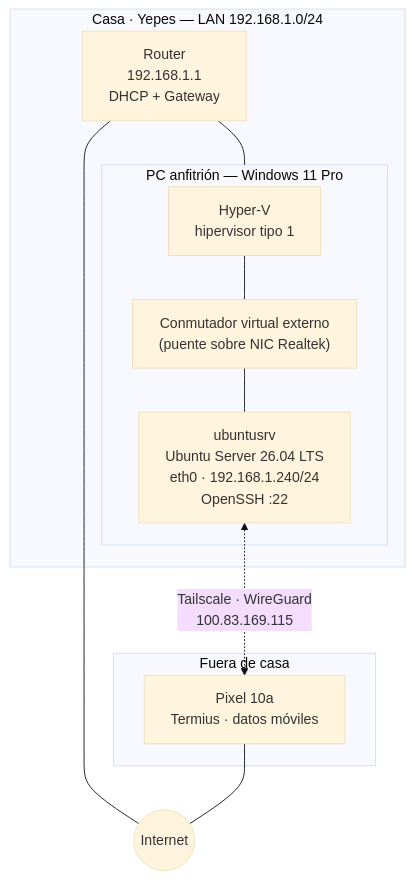
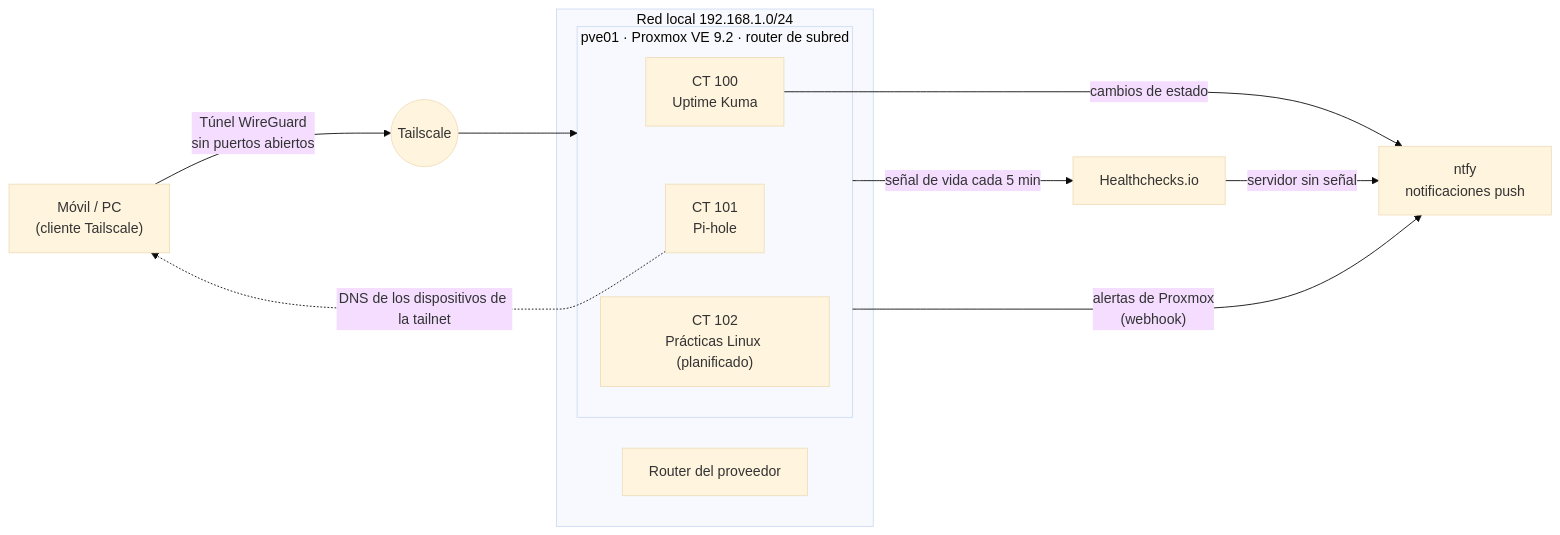
Before and after one commit to 2585746/Homelab-ASIR-Practica: the diagram in README-homelab-fase1.md, drawn with Mermaid (base theme). The commit also changed other lines of this file, not shown here.

````diff
--- a/README-homelab-fase1.md
+++ b/README-homelab-fase1.md
@@ -26,24 +26,20 @@
 ```mermaid
-graph TB
-    INT(("Internet"))
+flowchart LR
+    client["Móvil / PC<br/>(cliente Tailscale)"] -->|"Túnel WireGuard<br/>sin puertos abiertos"| ts(("Tailscale"))
+    ts --> PVE
 
-    subgraph CASA["Casa · Yepes — LAN 192.168.1.0/24"]
-        R["Router<br/>192.168.1.1<br/>DHCP + Gateway"]
-        subgraph HOST["PC anfitrión — Windows 11 Pro"]
-            HV["Hyper-V<br/>hipervisor tipo 1"]
-            VSW["Conmutador virtual externo<br/>(puente sobre NIC Realtek)"]
-            VM["ubuntusrv<br/>Ubuntu Server 26.04 LTS<br/>eth0 · 192.168.1.240/24<br/>OpenSSH :22"]
+    subgraph LAN["Red local 192.168.1.0/24"]
+        router["Router del proveedor"]
+        subgraph PVE["pve01 · Proxmox VE 9.2 · router de subred"]
+            kuma["CT 100<br/>Uptime Kuma"]
+            pihole["CT 101<br/>Pi-hole"]
+            lab["CT 102<br/>Prácticas Linux (planificado)"]
         end
-        R --- HOST
-        HV --- VSW
-        VSW --- VM
     end
 
-    subgraph FUERA["Fuera de casa"]
-        MOV["Pixel 10a<br/>Termius · datos móviles"]
-    end
-
-    R --- INT
-    MOV --- INT
-    VM <-. "Tailscale · WireGuard<br/>100.83.169.115" .-> MOV
+    pihole -.->|"DNS de los dispositivos de la tailnet"| client
+    kuma -->|"cambios de estado"| ntfy["ntfy<br/>notificaciones push"]
+    PVE -->|"alertas de Proxmox<br/>(webhook)"| ntfy
+    PVE -->|"señal de vida cada 5 min"| hc["Healthchecks.io"]
+    hc -->|"servidor sin señal"| ntfy
 ```
````
